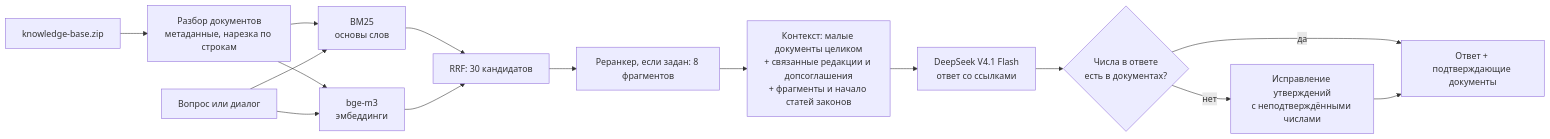
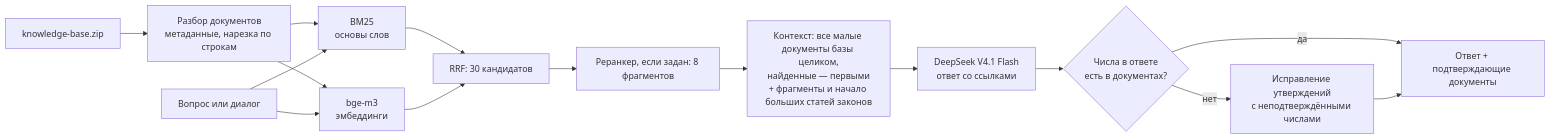
Before and after one commit to Asebaie/Triple-I: the diagram in README.md, drawn with Mermaid. The commit also changed other lines of this file, not shown here.

````diff
--- a/README.md
+++ b/README.md
@@ -7,17 +7,17 @@
 ```mermaid
 flowchart LR
     KB[knowledge-base.zip] --> P[Разбор документов<br/>метаданные, нарезка по строкам]
     P --> BM[BM25<br/>основы слов]
     P --> E[bge-m3<br/>эмбеддинги]
     Q[Вопрос или диалог] --> BM
     Q --> E
     BM --> F[RRF: 30 кандидатов]
     E --> F
     F --> R[Реранкер, если задан: 8 фрагментов]
-    R --> C[Контекст: малые документы целиком<br/>+ связанные редакции и допсоглашения<br/>+ фрагменты и начало статей законов]
+    R --> C[Контекст: все малые документы базы целиком,<br/>найденные — первыми<br/>+ фрагменты и начало больших статей законов]
     C --> G[DeepSeek V4.1 Flash<br/>ответ со ссылками]
     G --> V{Числа в ответе<br/>есть в документах?}
     V -->|да| A[Ответ + подтверждающие документы]
     V -->|нет| G2[Исправление утверждений<br/>с неподтверждёнными числами]
     G2 --> A
 ```
````
